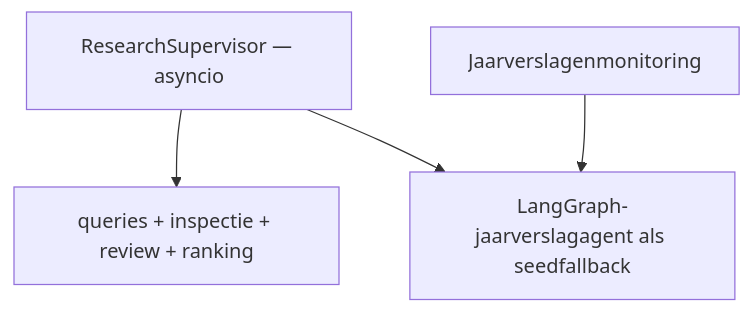
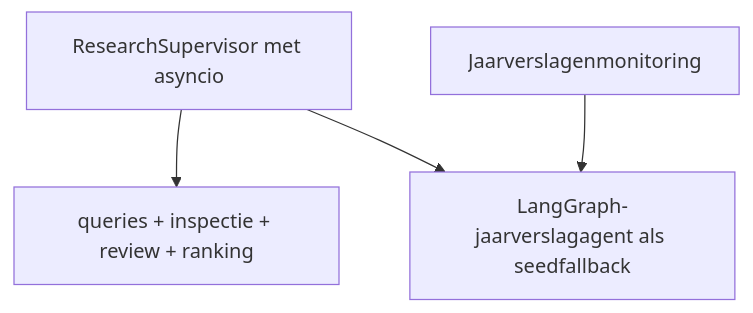
The eighth of 10 diagrams in README.md (arryaetil/KYC4etil), drawn with Mermaid before and after one commit. The commit also changed other lines of this file, not shown here.

Commit message:
docs: humaniseer research walkthrough

````diff
--- a/README.md
+++ b/README.md
@@ -336,6 +329,6 @@
 ```mermaid
 flowchart TB
-    RS["ResearchSupervisor — asyncio"] --> Q["queries + inspectie + review + ranking"]
+    RS["ResearchSupervisor met asyncio"] --> Q["queries + inspectie + review + ranking"]
     RS --> J["LangGraph-jaarverslagagent als seedfallback"]
     MON["Jaarverslagenmonitoring"] --> J
 ```
````
